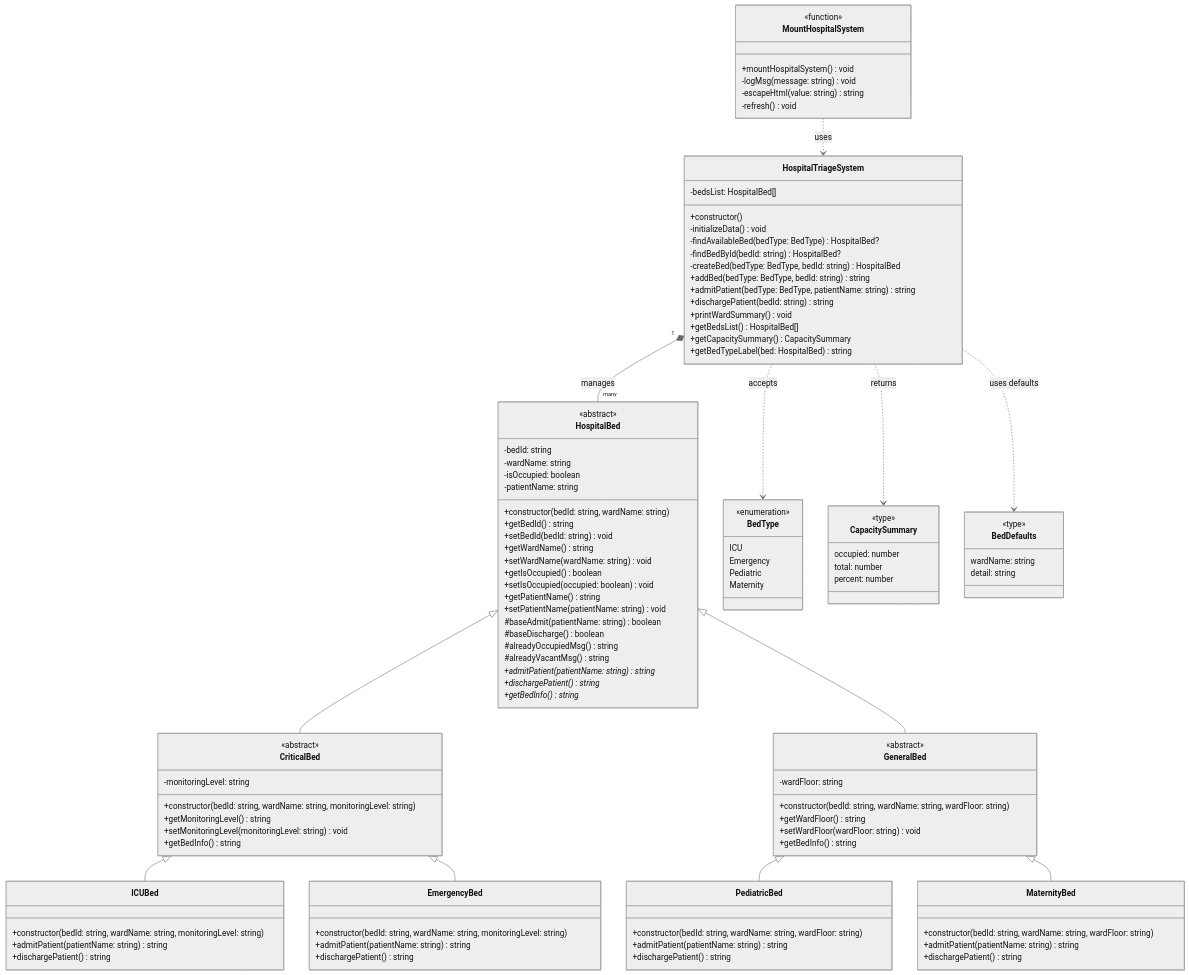
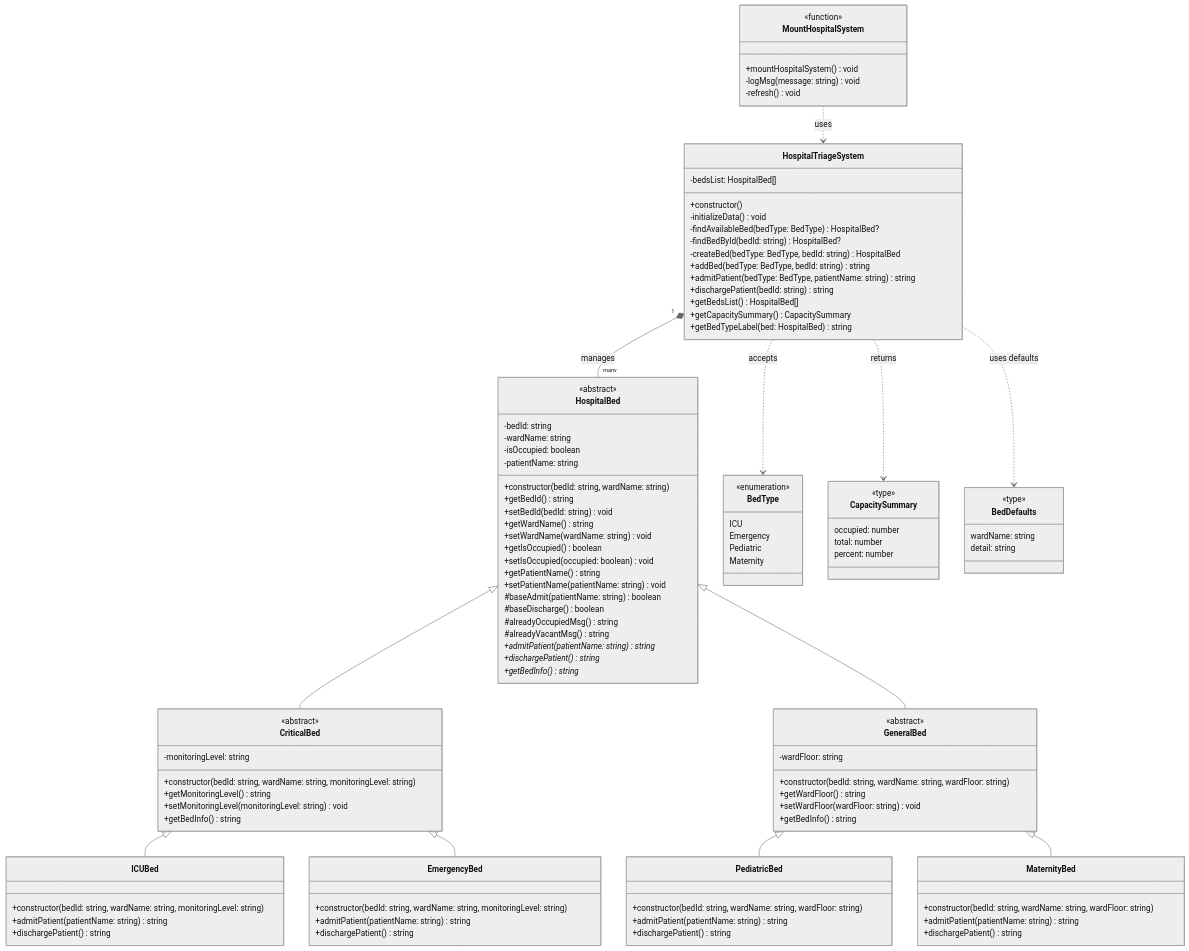
The diagram in UML.md (ohimeee/Hospital-Bed-Patient-Triage-System), drawn with Mermaid (neutral theme) before and after one commit. The commit also changed 1 other file, not shown here.

Commit message:
uml changes

```diff
--- a/UML.md
+++ b/UML.md
@@ -88,7 +88,6 @@
         +addBed(bedType: BedType, bedId: string) string
         +admitPatient(bedType: BedType, patientName: string) string
         +dischargePatient(bedId: string) string
-        +printWardSummary() void
         +getBedsList() HospitalBed[]
         +getCapacitySummary() CapacitySummary
         +getBedTypeLabel(bed: HospitalBed) string
@@ -98,7 +97,6 @@
         <<function>>
         +mountHospitalSystem() void
         -logMsg(message: string) void
-        -escapeHtml(value: string) string
         -refresh() void
     }
 
```
